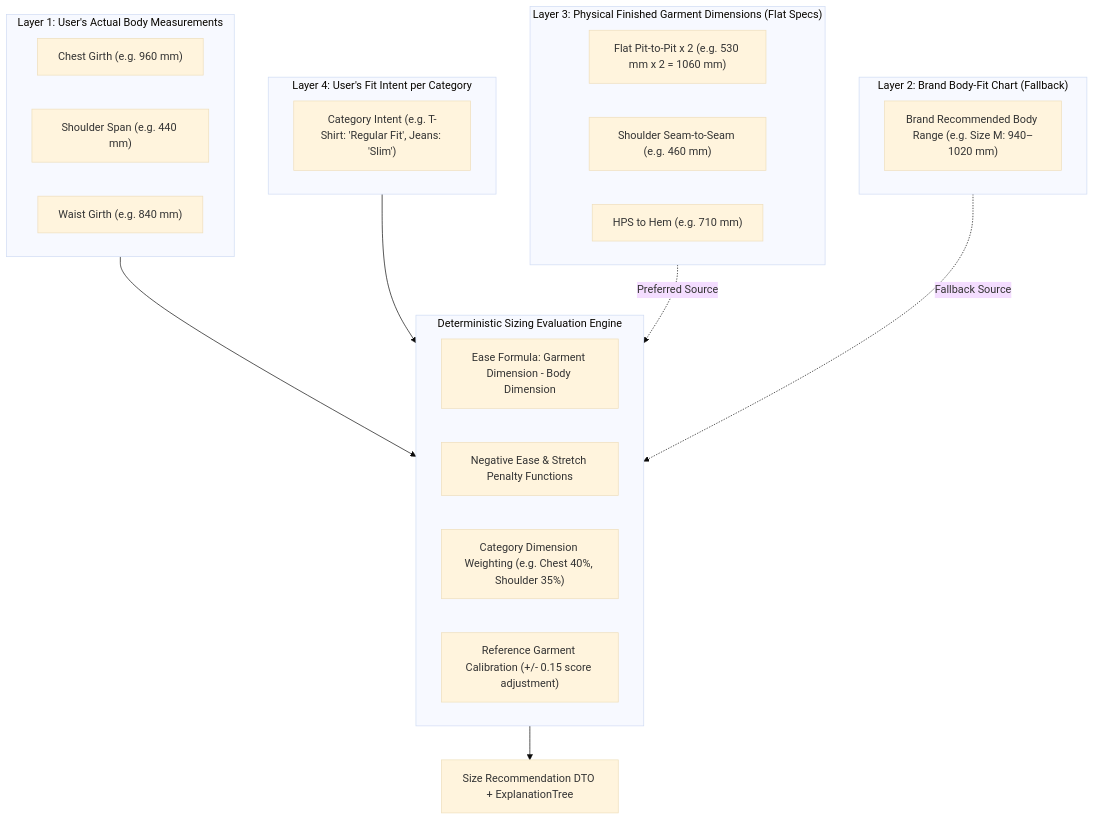
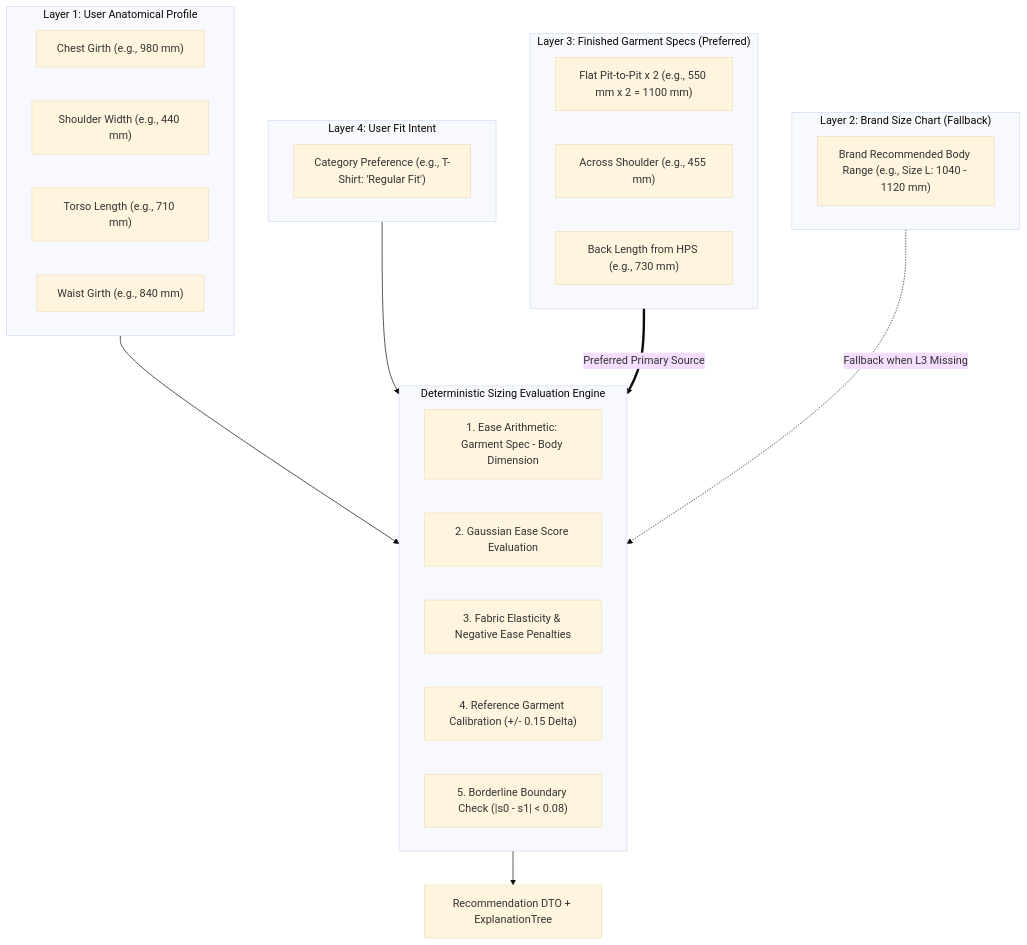
One commit to Aarush1137/WearID changed the first of 4 diagrams in docs/data-flow.md. Above: the diagram before and after it, drawn with Mermaid (base theme). The commit also changed other lines of this file and 89 other files, not shown here.

Commit message:
feat(pwa): complete Phase 1 deterministic sizing engine, 3-path onboarding, and editorial passport UI

````diff
--- a/docs/data-flow.md
+++ b/docs/data-flow.md
@@ -10,36 +12,38 @@
 ```mermaid
 flowchart TD
-    subgraph L1 ["Layer 1: User's Actual Body Measurements"]
-        Body_Chest["Chest Girth (e.g. 960 mm)"]
-        Body_Shoulder["Shoulder Span (e.g. 440 mm)"]
-        Body_Waist["Waist Girth (e.g. 840 mm)"]
+    subgraph L1 ["Layer 1: User Anatomical Profile"]
+        BodyChest["Chest Girth (e.g., 980 mm)"]
+        BodyShoulder["Shoulder Width (e.g., 440 mm)"]
+        BodyTorso["Torso Length (e.g., 710 mm)"]
+        BodyWaist["Waist Girth (e.g., 840 mm)"]
     end
 
-    subgraph L4 ["Layer 4: User's Fit Intent per Category"]
-        Fit_Pref["Category Intent (e.g. T-Shirt: 'Regular Fit', Jeans: 'Slim')"]
+    subgraph L4 ["Layer 4: User Fit Intent"]
+        Pref["Category Preference (e.g., T-Shirt: 'Regular Fit')"]
     end
 
-    subgraph SizingCore ["Deterministic Sizing Evaluation Engine"]
-        Ease_Calc["Ease Formula: Garment Dimension - Body Dimension"]
-        Penalty_Calc["Negative Ease & Stretch Penalty Functions"]
-        Weight_Matrix["Category Dimension Weighting (e.g. Chest 40%, Shoulder 35%)"]
-        Calibration["Reference Garment Calibration (+/- 0.15 score adjustment)"]
+    subgraph SizingEngine ["Deterministic Sizing Evaluation Engine"]
+        EaseCalc["1. Ease Arithmetic: Garment Spec - Body Dimension"]
+        Gaussian["2. Gaussian Ease Score Evaluation"]
+        FabricRules["3. Fabric Elasticity & Negative Ease Penalties"]
+        RefCalib["4. Reference Garment Calibration (+/- 0.15 Delta)"]
+        Borderline["5. Borderline Boundary Check (|s0 - s1| < 0.08)"]
     end
 
-    subgraph L3 ["Layer 3: Physical Finished Garment Dimensions (Flat Specs)"]
-        G_Chest["Flat Pit-to-Pit x 2 (e.g. 530 mm x 2 = 1060 mm)"]
-        G_Shoulder["Shoulder Seam-to-Seam (e.g. 460 mm)"]
-        G_Length["HPS to Hem (e.g. 710 mm)"]
+    subgraph L3 ["Layer 3: Finished Garment Specs (Preferred)"]
+        G_Chest["Flat Pit-to-Pit x 2 (e.g., 550 mm x 2 = 1100 mm)"]
+        G_Shoulder["Across Shoulder (e.g., 455 mm)"]
+        G_Length["Back Length from HPS (e.g., 730 mm)"]
     end
 
-    subgraph L2 ["Layer 2: Brand Body-Fit Chart (Fallback)"]
-        B_Range["Brand Recommended Body Range (e.g. Size M: 940–1020 mm)"]
+    subgraph L2 ["Layer 2: Brand Size Chart (Fallback)"]
+        B_Range["Brand Recommended Body Range (e.g., Size L: 1040 - 1120 mm)"]
     end
 
-    L1 --> SizingCore
-    L4 --> SizingCore
-    L3 -. Preferred Source .-> SizingCore
-    L2 -. Fallback Source .-> SizingCore
+    L1 --> SizingEngine
+    L4 --> SizingEngine
+    L3 ==>|Preferred Primary Source| SizingEngine
+    L2 -.->|Fallback when L3 Missing| SizingEngine
 
-    SizingCore --> RecOut["Size Recommendation DTO + ExplanationTree"]
+    SizingEngine --> OutputDTO["Recommendation DTO + ExplanationTree"]
 ```
````
